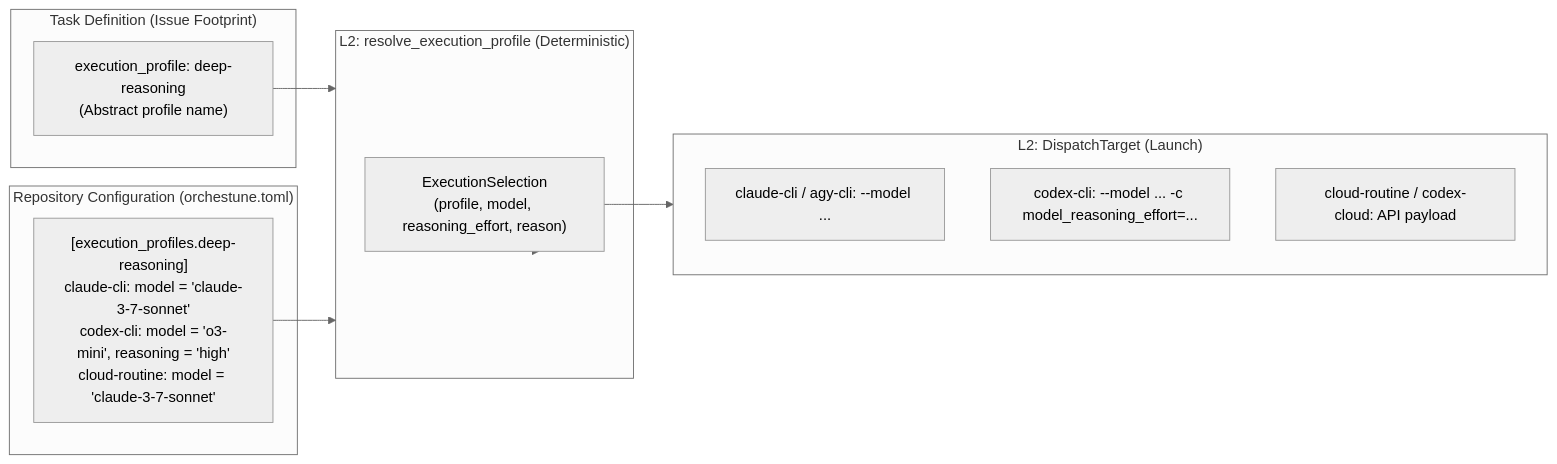
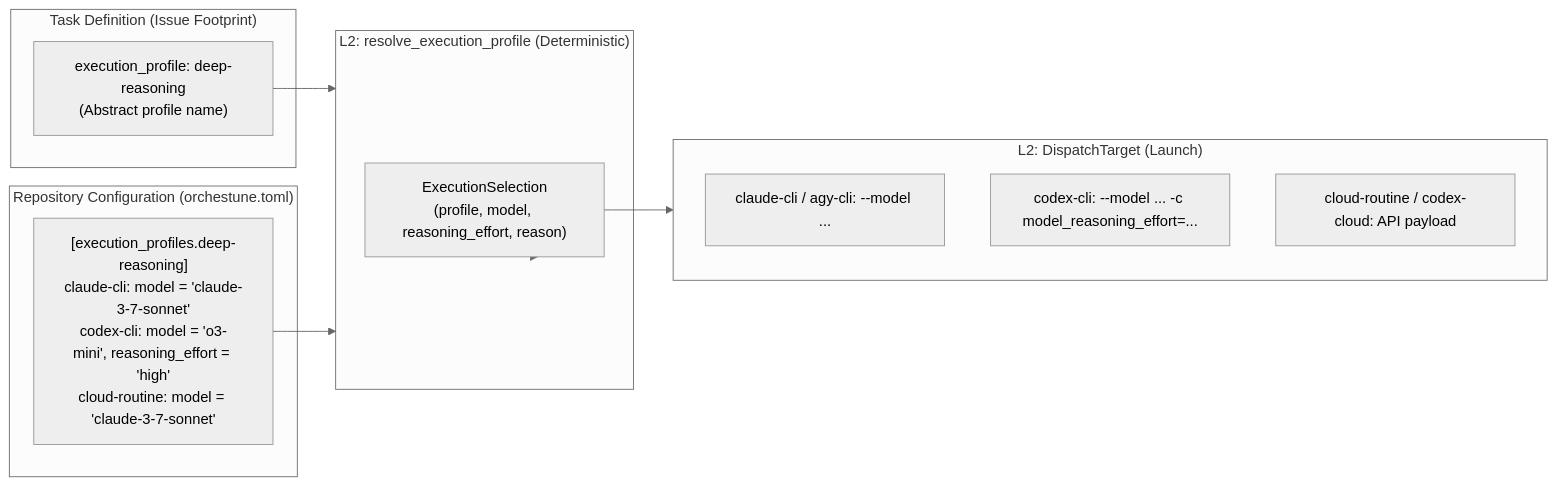
One commit to Saltmu/orchestune changed the third of 4 diagrams in docs/en/architecture.md. Above: the diagram before and after it, drawn with Mermaid (neutral theme). The commit also changed 1 other file, not shown here.

Commit message:
docs: clarify reasoning_effort key in architecture mermaid diagrams

````diff
--- a/docs/en/architecture.md
+++ b/docs/en/architecture.md
@@ -168,25 +168,25 @@
 ```mermaid
 graph LR
     subgraph Plan ["Task Definition (Issue Footprint)"]
         EP["execution_profile: deep-reasoning<br/>(Abstract profile name)"]
     end
 
     subgraph Config ["Repository Configuration (orchestune.toml)"]
-        CFG["[execution_profiles.deep-reasoning]<br/>claude-cli: model = 'claude-3-7-sonnet'<br/>codex-cli: model = 'o3-mini', reasoning = 'high'<br/>cloud-routine: model = 'claude-3-7-sonnet'"]
+        CFG["[execution_profiles.deep-reasoning]<br/>claude-cli: model = 'claude-3-7-sonnet'<br/>codex-cli: model = 'o3-mini', reasoning_effort = 'high'<br/>cloud-routine: model = 'claude-3-7-sonnet'"]
     end
 
     subgraph Resolver ["L2: resolve_execution_profile (Deterministic)"]
         RES["ExecutionSelection<br/>(profile, model, reasoning_effort, reason)"]
     end
 
     subgraph Target ["L2: DispatchTarget (Launch)"]
         T1["claude-cli / agy-cli: --model ..."]
         T2["codex-cli: --model ... -c model_reasoning_effort=..."]
         T3["cloud-routine / codex-cloud: API payload"]
     end
 
     EP --> Resolver
     CFG --> Resolver
     Resolver --> RES
     RES --> Target
 ```
````
